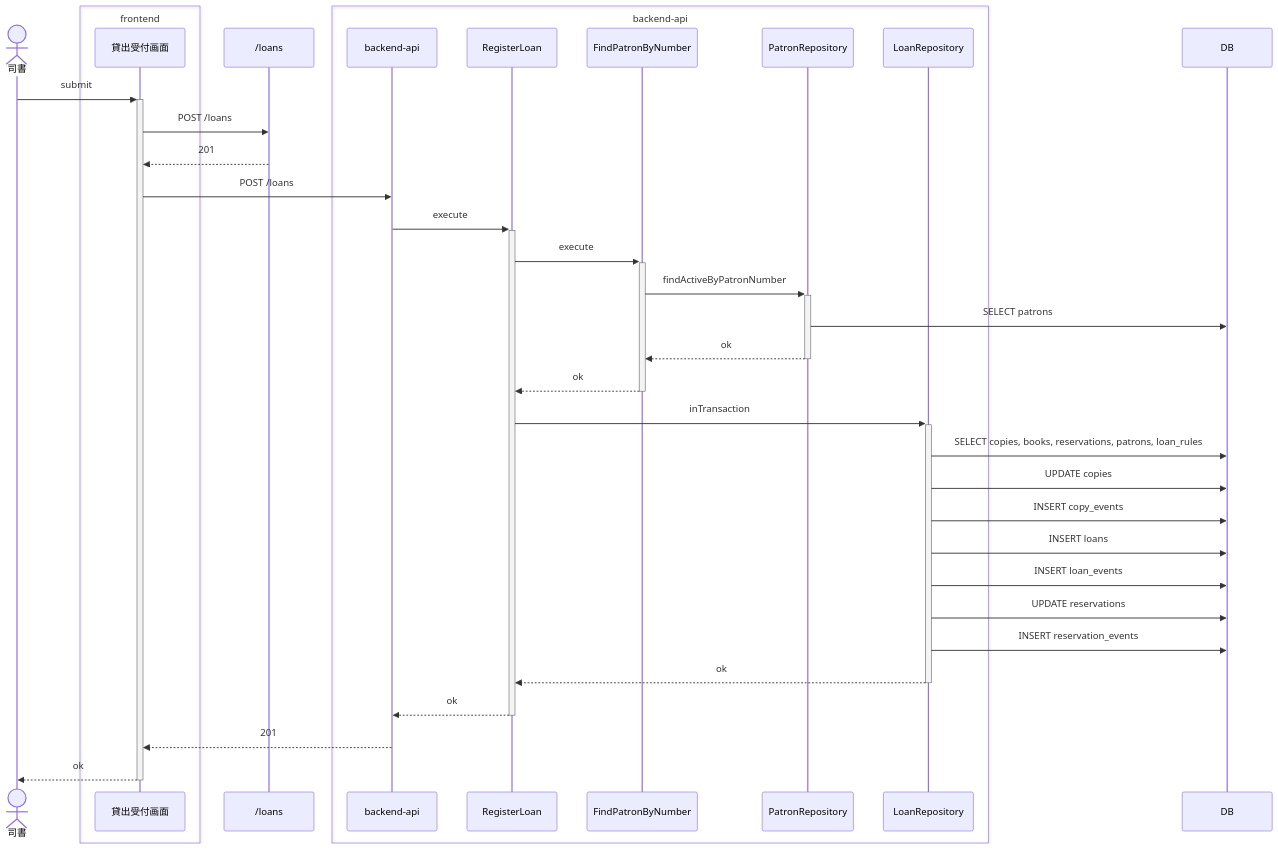
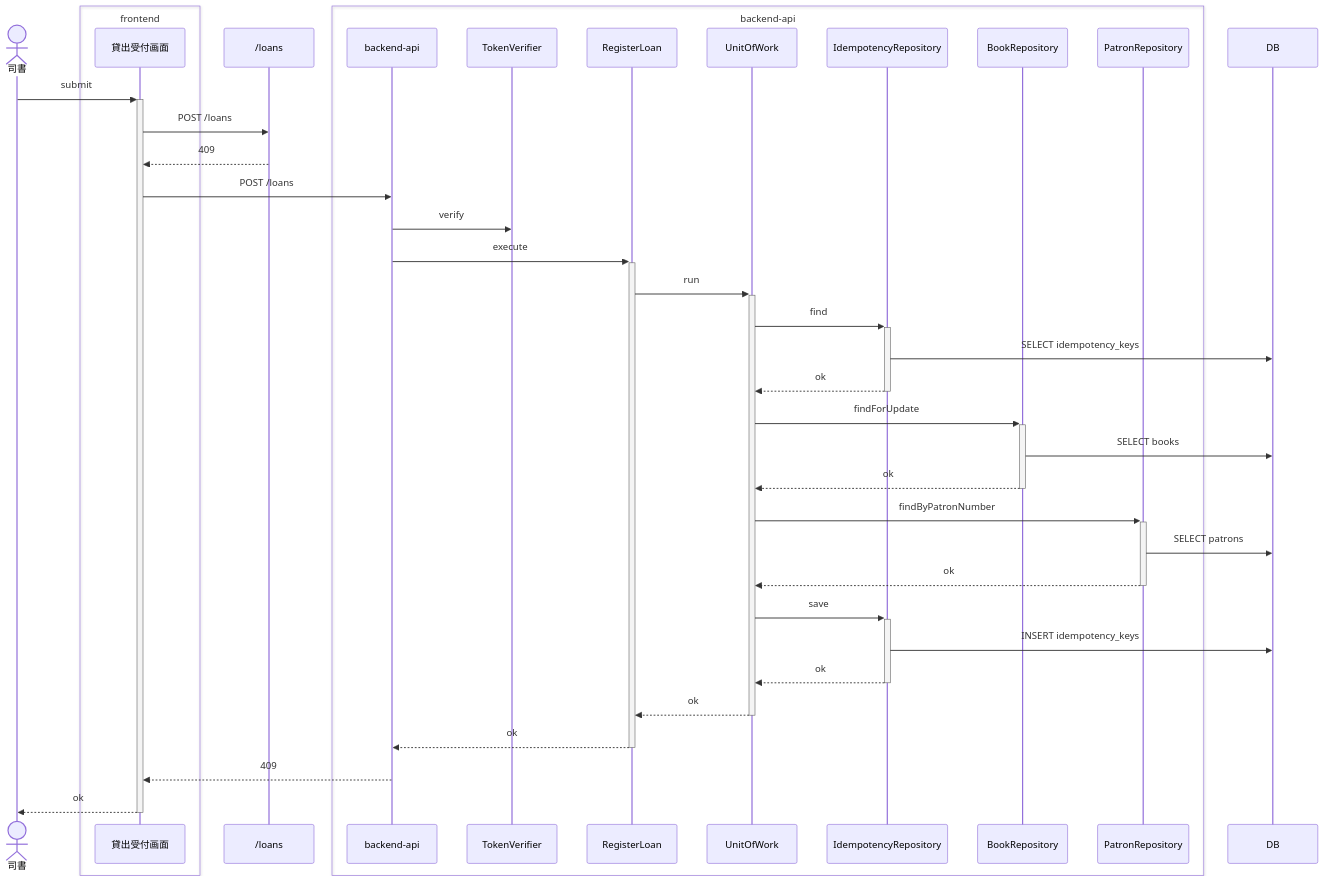
Before and after one commit to suwa-sh/suwa-sh-claude-plugins: the fourth of 6 diagrams in samples/distillery2/library-loan/docs/as-built/貸出業務/貸出を登録する/sequence.md, drawn with Mermaid. The commit also changed other lines of this file and 249 other files, not shown here.

````diff
--- a/samples/distillery2/library-loan/docs/as-built/貸出業務/貸出を登録する/sequence.md
+++ b/samples/distillery2/library-loan/docs/as-built/貸出業務/貸出を登録する/sequence.md
@@ -122,38 +171,41 @@
 ```mermaid
 sequenceDiagram
     actor p0 as 司書
     box transparent frontend
         participant p1 as 貸出受付画面
     end
     participant p2 as /loans
     box transparent backend-api
         participant p3 as backend-api
-        participant p4 as RegisterLoan
-        participant p5 as FindPatronByNumber
-        participant p6 as PatronRepository
-        participant p8 as LoanRepository
+        participant p4 as TokenVerifier
+        participant p5 as RegisterLoan
+        participant p6 as UnitOfWork
+        participant p7 as IdempotencyRepository
+        participant p9 as BookRepository
+        participant p10 as PatronRepository
     end
-    participant p7 as DB
+    participant p8 as DB
     p0->>+p1: submit
     p1->>p2: POST /loans
-    p2-->>p1: 201
+    p2-->>p1: 409
     p1->>p3: POST /loans
-    p3->>+p4: execute
-    p4->>+p5: execute
-    p5->>+p6: findActiveByPatronNumber
-    p6->>p7: SELECT patrons
+    p3->>p4: verify
+    p3->>+p5: execute
+    p5->>+p6: run
+    p6->>+p7: find
+    p7->>p8: SELECT idempotency_keys
+    p7-->>-p6: ok
+    p6->>+p9: findForUpdate
+    p9->>p8: SELECT books
+    p9-->>-p6: ok
+    p6->>+p10: findByPatronNumber
+    p10->>p8: SELECT patrons
+    p10-->>-p6: ok
+    p6->>+p7: save
+    p7->>p8: INSERT idempotency_keys
+    p7-->>-p6: ok
     p6-->>-p5: ok
-    p5-->>-p4: ok
-    p4->>+p8: inTransaction
-    p8->>p7: SELECT copies, books, reservations, patrons, loan_rules
-    p8->>p7: UPDATE copies
-    p8->>p7: INSERT copy_events
-    p8->>p7: INSERT loans
-    p8->>p7: INSERT loan_events
-    p8->>p7: UPDATE reservations
-    p8->>p7: INSERT reservation_events
-    p8-->>-p4: ok
-    p4-->>-p3: ok
-    p3-->>p1: 201
+    p5-->>-p3: ok
+    p3-->>p1: 409
     p1-->>-p0: ok
 ```
````
